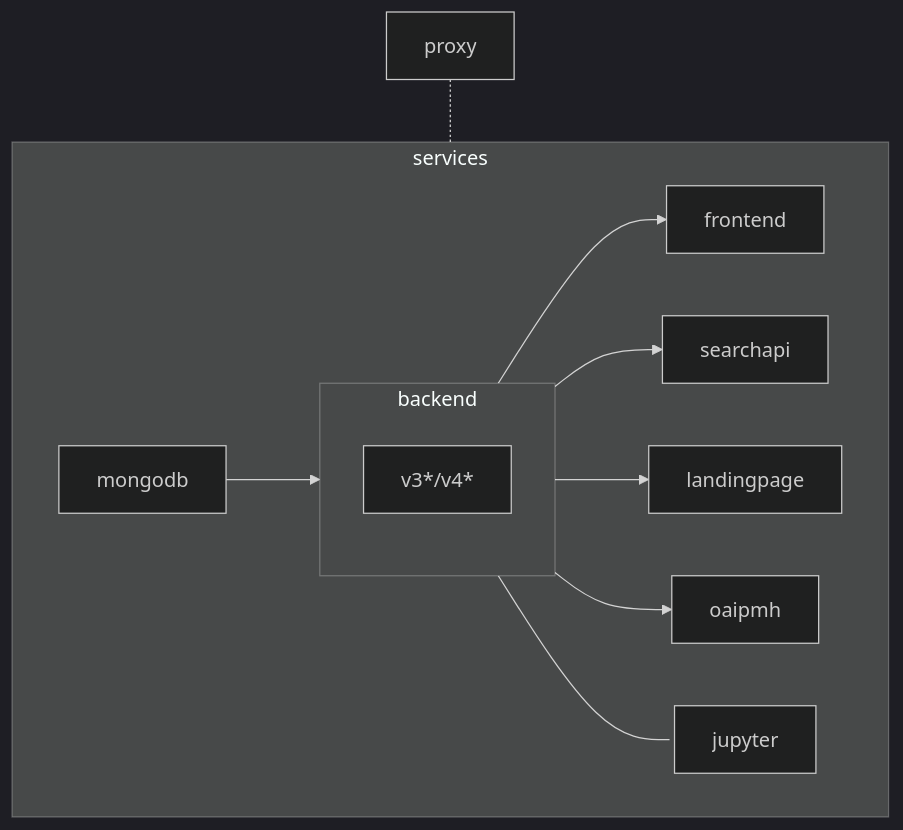
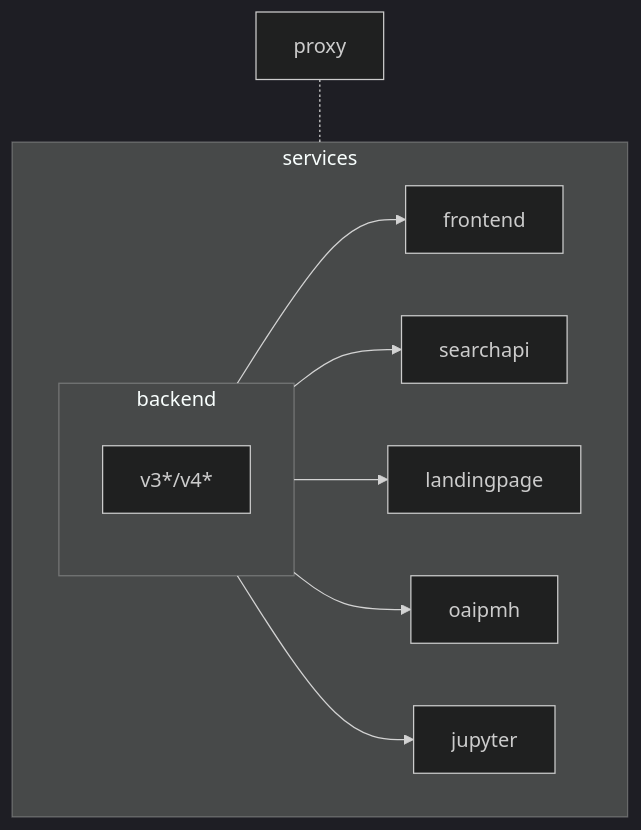
Before and after one commit to SciCatProject/scicatlive: the diagram in README.md, drawn with Mermaid (dark theme). The commit also changed other lines of this file and 14 other files, not shown here.

````diff
--- a/README.md
+++ b/README.md
@@ -80,19 +79,18 @@
 ```mermaid
 graph TD
    subgraph services
       subgraph backend
          backends[v3*/v4*]
       end
-      mongodb --> backend
       backend --> frontend
       backend --> searchapi
       backend --> landingpage
       backend --> oaipmh
       backend --> jupyter
    end
 
    proxy -.- services
    
    %% CSS Styling
    linkStyle 5 marker-end:none
 ```
````
